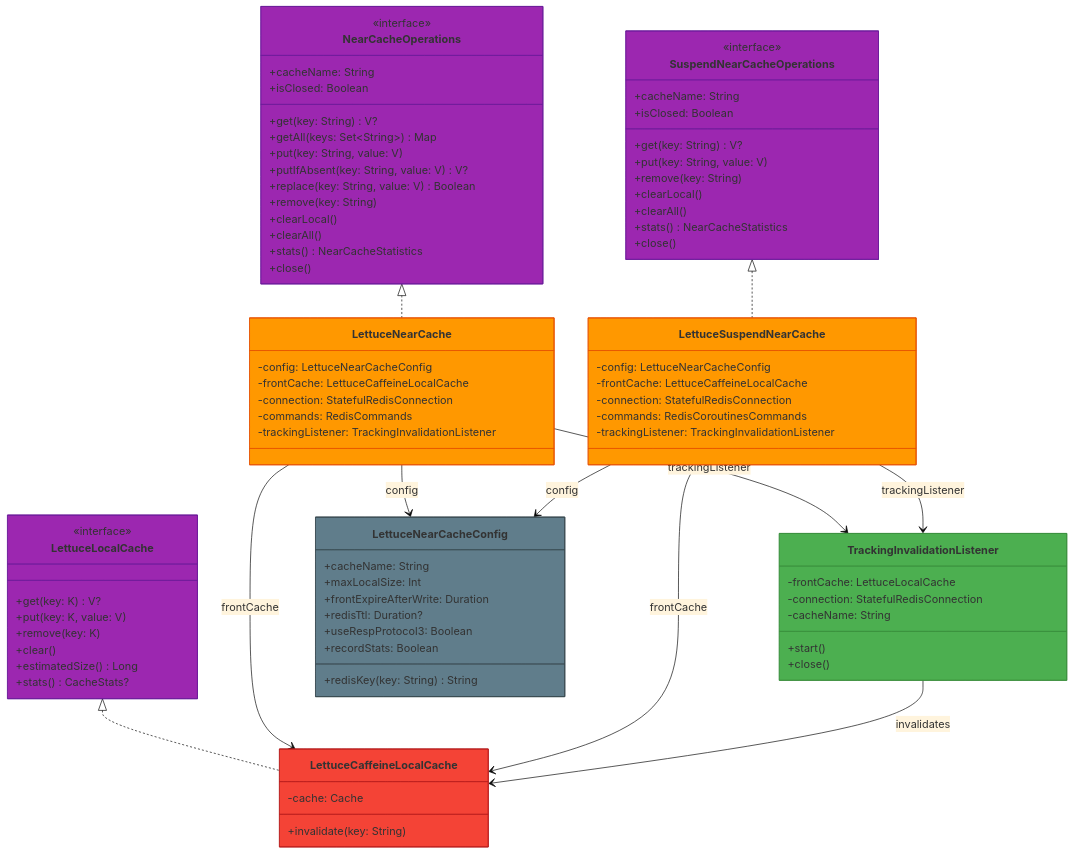
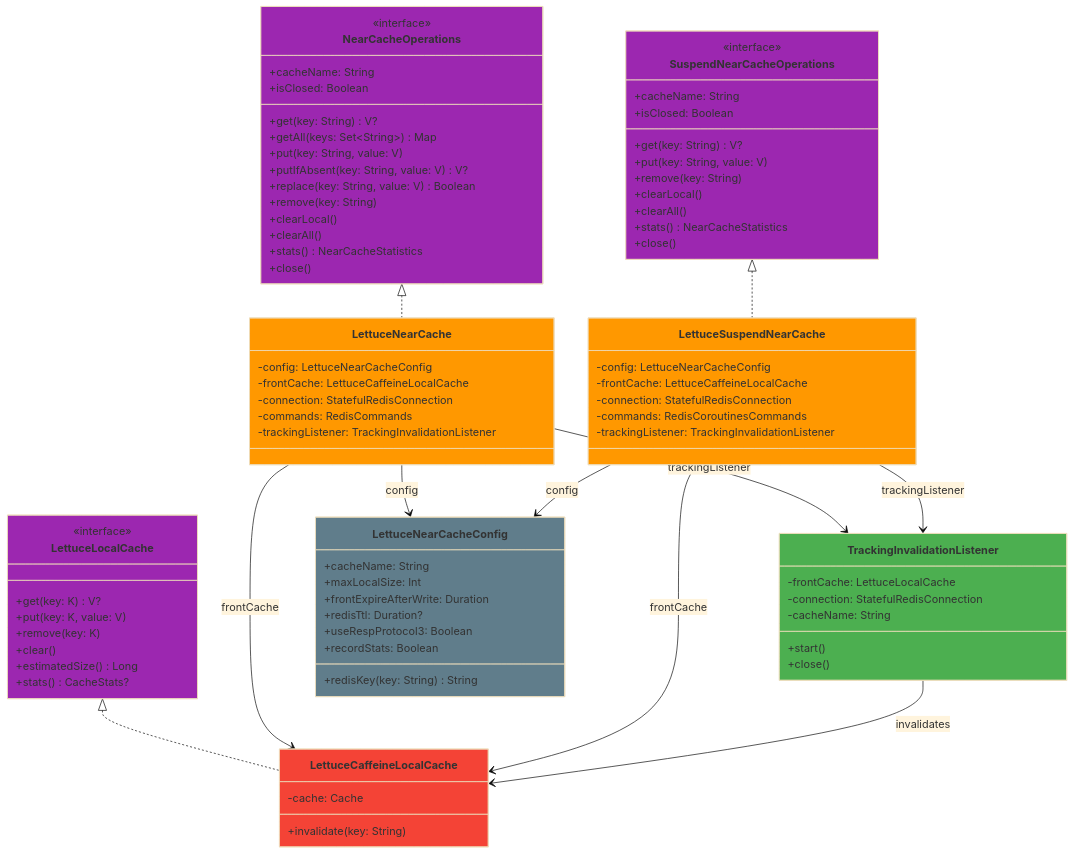
The second of 3 diagrams in infra/cache-lettuce/README.md (bluetape4k/bluetape4k-projects), drawn with Mermaid (base theme) before and after one commit. The commit also changed 94 other files, not shown here.

First line of the commit message:
docs: Mermaid classDef에서 stroke:#색상 제거 (파서 오류 수정)

````diff
--- a/infra/cache-lettuce/README.md
+++ b/infra/cache-lettuce/README.md
@@ -264,10 +264,10 @@
     LettuceSuspendNearCache --> LettuceNearCacheConfig: config
     TrackingInvalidationListener --> LettuceCaffeineLocalCache: invalidates
 
-    classDef cacheStyle   fill:#F44336,stroke:#B71C1C
-    classDef redisStyle   fill:#FF9800,stroke:#E65100
-    classDef infraStyle   fill:#607D8B,stroke:#37474F
-    classDef clientStyle  fill:#2196F3,stroke:#1565C0
-    classDef abstractStyle fill:#9C27B0,stroke:#6A1B9A
-    classDef serviceStyle fill:#4CAF50,stroke:#388E3C
+    classDef cacheStyle   fill:#F44336
+    classDef redisStyle   fill:#FF9800
+    classDef infraStyle   fill:#607D8B
+    classDef clientStyle  fill:#2196F3
+    classDef abstractStyle fill:#9C27B0
+    classDef serviceStyle fill:#4CAF50
 ```
````
